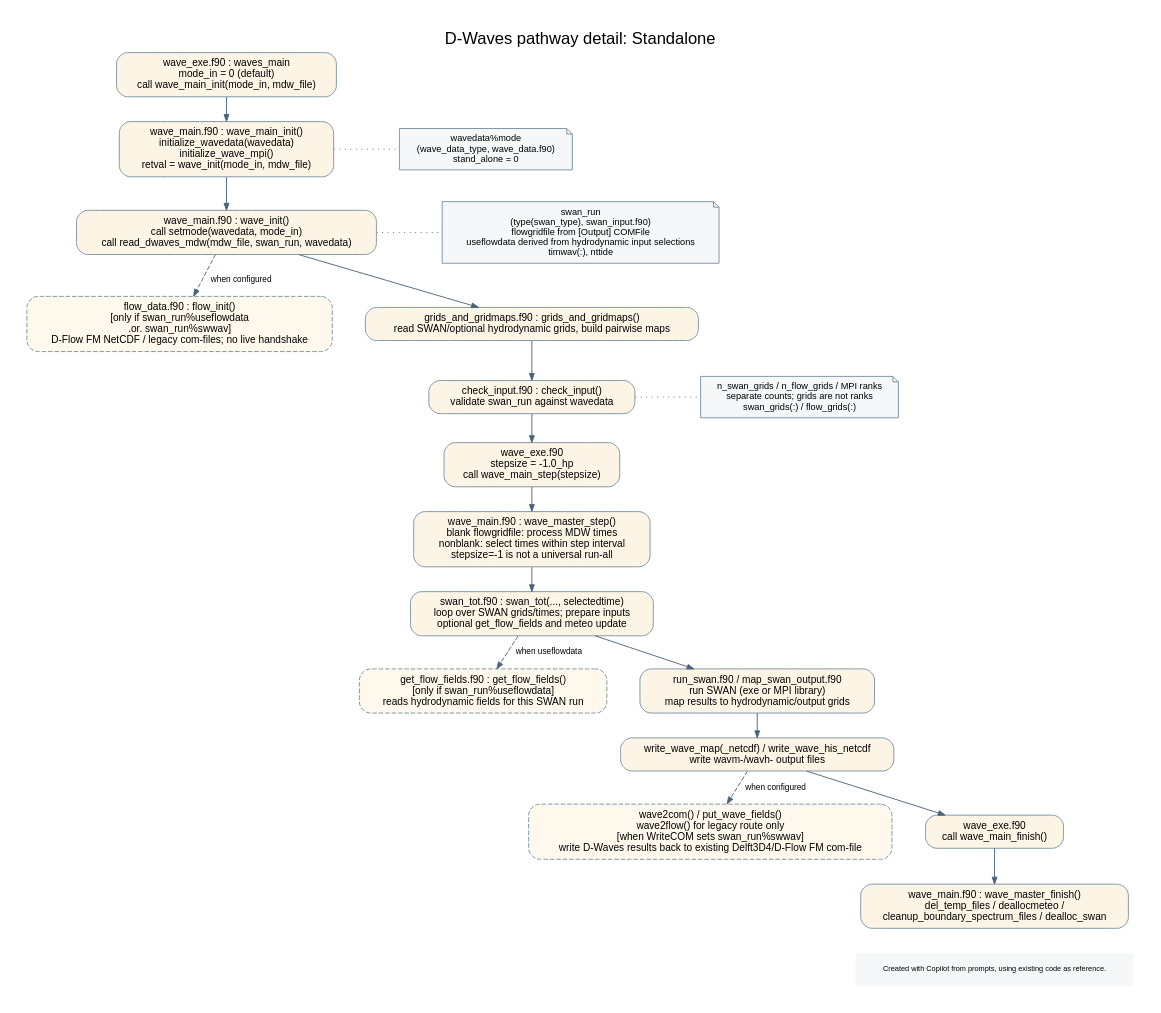
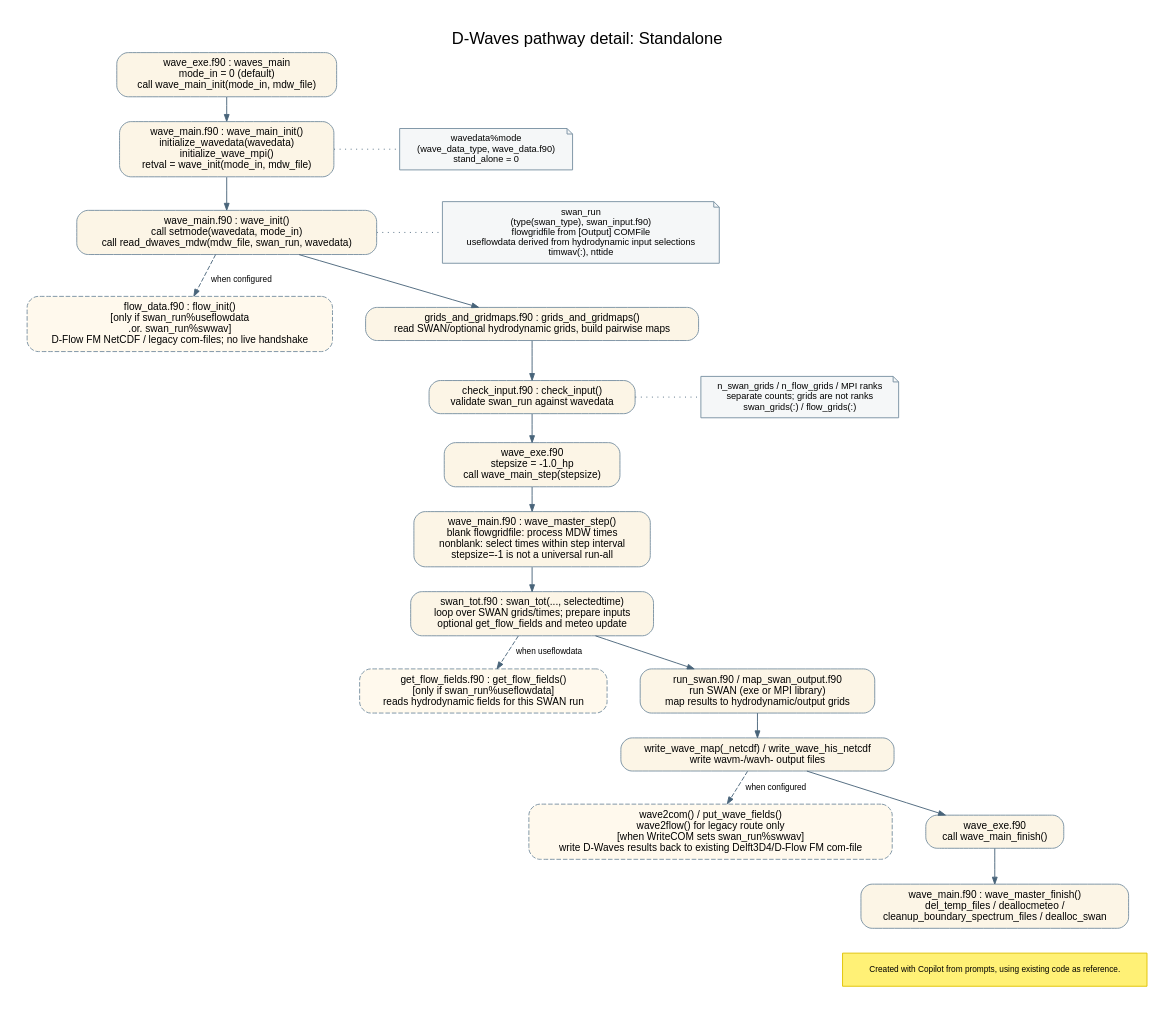
Before and after one commit to Deltares/Delft3D: the diagram in src/engines_gpl/wave/docs/include/dwaves_pathway_standalone_detailed_code_pathways.dot, drawn with Graphviz. The commit also changed 19 other files, not shown here.

Commit message:
Grammatical edits and some additionalcosmetic changes in the diagrams

```diff
--- a/src/engines_gpl/wave/docs/include/dwaves_pathway_standalone_detailed_code_pathways.dot
+++ b/src/engines_gpl/wave/docs/include/dwaves_pathway_standalone_detailed_code_pathways.dot
@@ -1,58 +1,59 @@
 digraph dwaves_pathway_standalone {
     graph [
         label="D-Waves pathway detail: Standalone",
         labelloc=t,
         fontsize=18,
         fontname="Helvetica",
         rankdir=TB,
         nodesep=0.5,
         ranksep=0.35,
         pad=0.3,
         bgcolor="white"
     ];
     node [fontname="Helvetica", fontsize=11, margin="0.15,0.09"];
     edge [fontname="Helvetica", fontsize=9, color="#48647A", arrowsize=0.75];
 
     node [shape=box, style="rounded,filled", fillcolor="#FCF5E6", color="#7890A2"];
     exe [label="wave_exe.f90 : waves_main\nmode_in = 0 (default)\ncall wave_main_init(mode_in, mdw_file)"];
     main_init [label="wave_main.f90 : wave_main_init()\ninitialize_wavedata(wavedata)\ninitialize_wave_mpi()\nretval = wave_init(mode_in, mdw_file)"];
     wave_init [label="wave_main.f90 : wave_init()\ncall setmode(wavedata, mode_in)\ncall read_dwaves_mdw(mdw_file, swan_run, wavedata)"];
     flow_init_opt [label="flow_data.f90 : flow_init()\n[only if swan_run%useflowdata\n.or. swan_run%swwav]\nD-Flow FM NetCDF / legacy com-files; no live handshake", style="rounded,filled,dashed", fillcolor="#FFF9ED"];
     grids [label="grids_and_gridmaps.f90 : grids_and_gridmaps()\nread SWAN/optional hydrodynamic grids, build pairwise maps"];
     check [label="check_input.f90 : check_input()\nvalidate swan_run against wavedata"];
     main_step [label="wave_exe.f90\nstepsize = -1.0_hp\ncall wave_main_step(stepsize)"];
     master_step [label="wave_main.f90 : wave_master_step()\nblank flowgridfile: process MDW times\nnonblank: select times within step interval\nstepsize=-1 is not a universal run-all"];
     swan_tot [label="swan_tot.f90 : swan_tot(..., selectedtime)\nloop over SWAN grids/times; prepare inputs\noptional get_flow_fields and meteo update"];
     get_flow [label="get_flow_fields.f90 : get_flow_fields()\n[only if swan_run%useflowdata]\nreads hydrodynamic fields for this SWAN run", style="rounded,filled,dashed", fillcolor="#FFF9ED"];
     run_swan [label="run_swan.f90 / map_swan_output.f90\nrun SWAN (exe or MPI library)\nmap results to hydrodynamic/output grids"];
     write_out [label="write_wave_map(_netcdf) / write_wave_his_netcdf\nwrite wavm-/wavh- output files"];
     put_back [label="wave2com() / put_wave_fields()\nwave2flow() for legacy route only\n[when WriteCOM sets swan_run%swwav]\nwrite D-Waves results back to existing Delft3D4/D-Flow FM com-file", style="rounded,filled,dashed", fillcolor="#FFF9ED"];
     main_finish [label="wave_exe.f90\ncall wave_main_finish()"];
     master_finish [label="wave_main.f90 : wave_master_finish()\ndel_temp_files / deallocmeteo /\ncleanup_boundary_spectrum_files / dealloc_swan"];
 
     exe -> main_init -> wave_init;
     wave_init -> flow_init_opt [style=dashed, label="when configured"];
     wave_init -> grids -> check;
     check -> main_step -> master_step -> swan_tot;
     swan_tot -> get_flow [style=dashed, label="when useflowdata"];
     swan_tot -> run_swan -> write_out;
     write_out -> put_back [style=dashed, label="when configured"];
     write_out -> main_finish -> master_finish;
     { rank=same; flow_init_opt; grids; }
 
     node [shape=note, style=filled, fillcolor="#F5F7F8", color="#7890A2", fontsize=10];
     st_mode [label="wavedata%mode\n(wave_data_type, wave_data.f90)\nstand_alone = 0"];
     st_swanrun [label="swan_run\n(type(swan_type), swan_input.f90)\nflowgridfile from [Output] COMFile\nuseflowdata derived from hydrodynamic input selections\ntimwav(:), nttide"];
     st_counts [label="n_swan_grids / n_flow_grids / MPI ranks\nseparate counts; grids are not ranks\nswan_grids(:) / flow_grids(:)"];
 
     { rank=same; main_init; st_mode; }
     { rank=same; wave_init; st_swanrun; }
     { rank=same; check; st_counts; }
     main_init -> st_mode [style=dotted, arrowhead=none, constraint=false];
     wave_init -> st_swanrun [style=dotted, arrowhead=none, constraint=false];
     check -> st_counts [style=dotted, arrowhead=none, constraint=false];
-    diagram_credit [shape=plaintext, fontsize=8,
+    diagram_credit [shape=box, style=filled, fillcolor="#FFF176", color="#E0C200",
+                    fontname="Helvetica", fontsize=9, margin="0.12,0.06",
                     label="Created with Copilot from prompts, using existing code as reference."];
     {rank=sink; diagram_credit;}
     master_finish -> diagram_credit [style=invis];
 }
```
